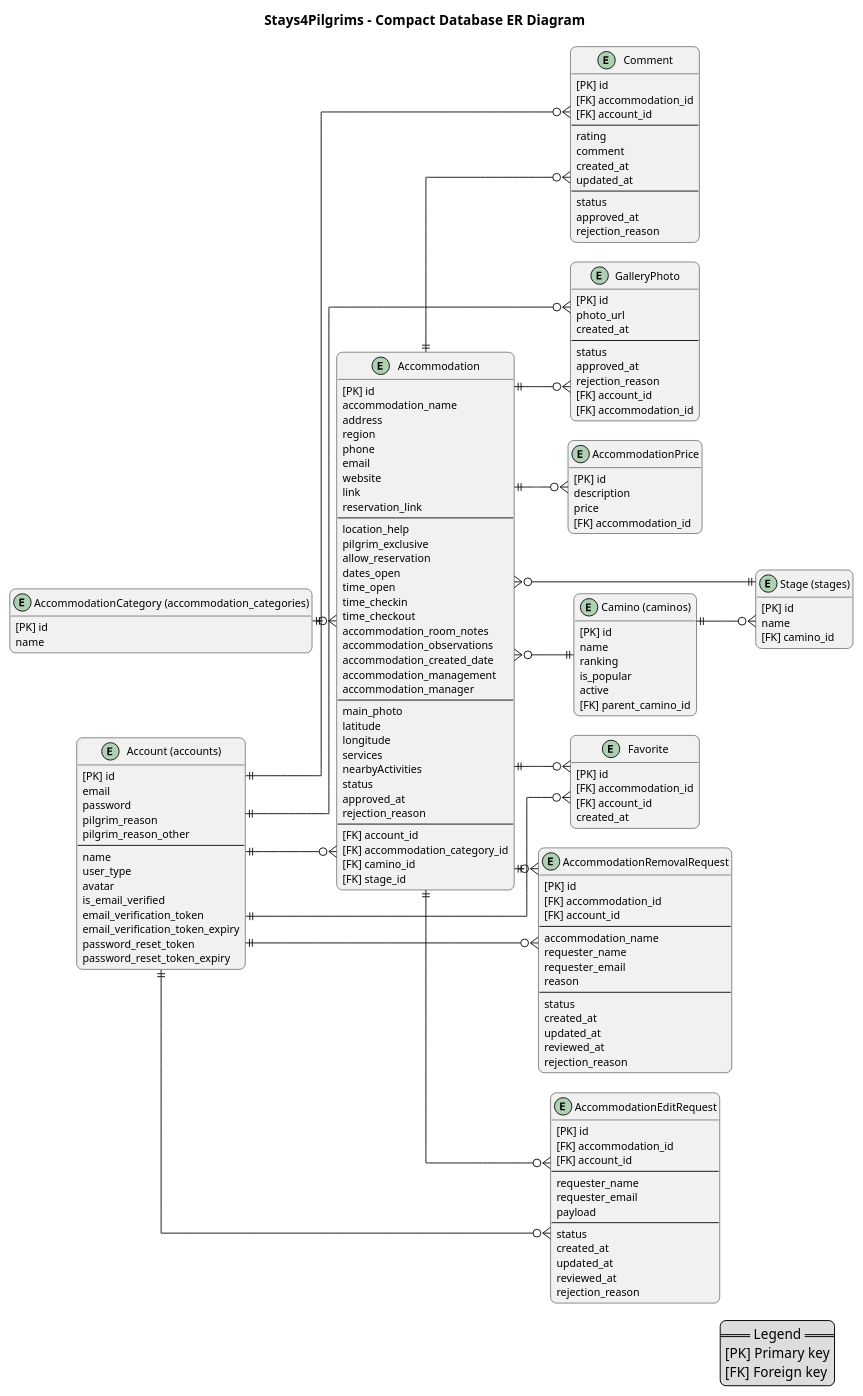
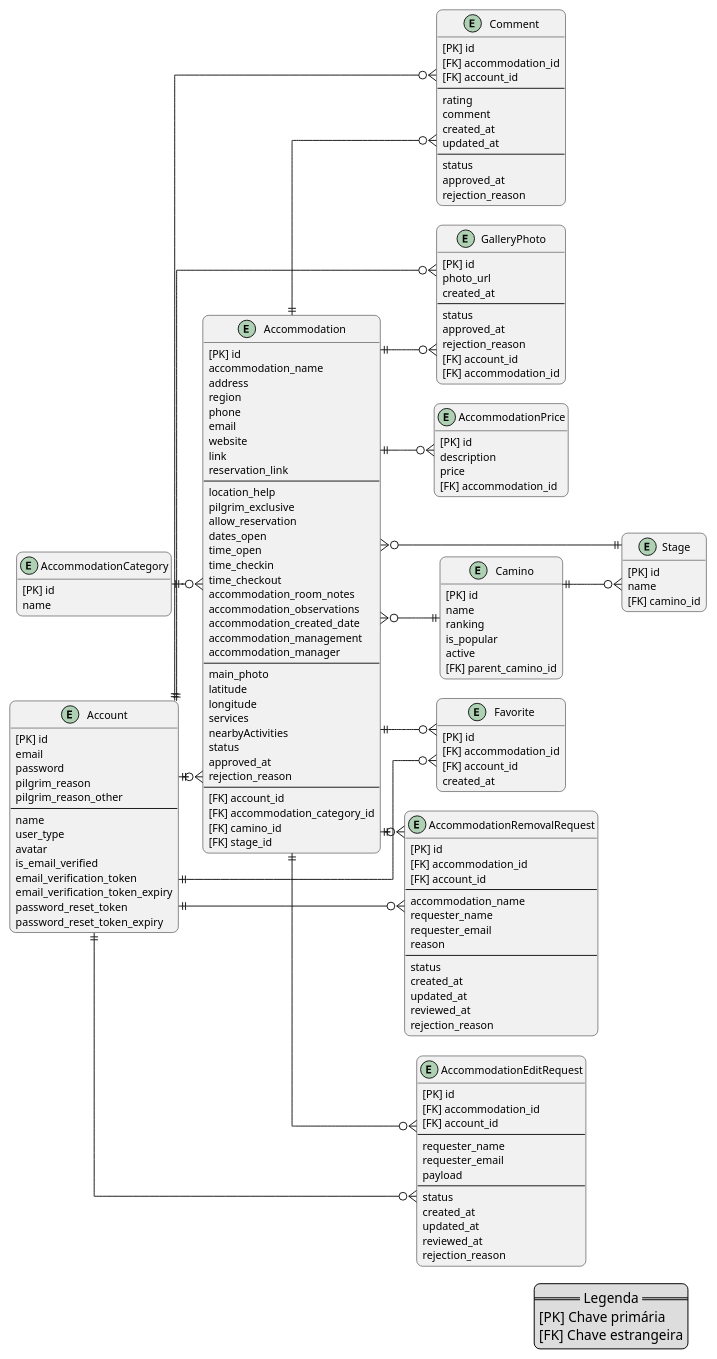
The diagram in docs/diagrams/database-er-diagram-compact.puml (alegna83/cookbook-be), drawn with PlantUML before and after one commit. The commit also changed 1 other file, not shown here.

Commit message:
databse er compact

```diff
--- a/docs/diagrams/database-er-diagram-compact.puml
+++ b/docs/diagrams/database-er-diagram-compact.puml
@@ -1,195 +1,194 @@
 @startuml
-title Stays4Pilgrims - Compact Database ER Diagram
 
 left to right direction
 
 hide methods
 hide stereotypes
 skinparam shadowing false
 skinparam linetype ortho
 skinparam roundcorner 12
 skinparam defaultFontName Arial
 skinparam defaultFontSize 11
 skinparam ranksep 25
 skinparam nodesep 20
 skinparam entity {
   BackgroundColor #FCFCFC
   BorderColor #4B5563
 }
 
 legend right
-  == Legend ==
-  [PK] Primary key
-  [FK] Foreign key
+  == Legenda ==
+  [PK] Chave primária
+  [FK] Chave estrangeira
 endlegend
 
-entity "Account (accounts)" as account {
+entity "Account" as account {
   [PK] id
   email
   password
   pilgrim_reason
   pilgrim_reason_other
   --
   name
   user_type
   avatar
   is_email_verified
   email_verification_token
   email_verification_token_expiry
   password_reset_token
   password_reset_token_expiry
 }
 
 entity "Accommodation" as Accommodation {
   [PK] id
   accommodation_name
   address
   region
   phone
   email
   website
   link
   reservation_link
   --
   location_help
   pilgrim_exclusive
   allow_reservation
   dates_open
   time_open
   time_checkin
   time_checkout
   accommodation_room_notes
   accommodation_observations
   accommodation_created_date
   accommodation_management
   accommodation_manager
   --
   main_photo
   latitude
   longitude
   services
   nearbyActivities
   status
   approved_at
   rejection_reason
   --
   [FK] account_id
   [FK] accommodation_category_id
   [FK] camino_id
   [FK] stage_id
 }
 
-entity "AccommodationCategory (accommodation_categories)" as AccommodationCategory {
+entity "AccommodationCategory" as AccommodationCategory {
   [PK] id
   name
 }
 
 entity "Comment" as comment {
   [PK] id
   [FK] accommodation_id
   [FK] account_id
   --
   rating
   comment
   created_at
   updated_at
   --
   status
   approved_at
   rejection_reason
 }
 
 entity "GalleryPhoto" as gallery_photo {
   [PK] id
   photo_url
   created_at
   --
   status
   approved_at
   rejection_reason
   [FK] account_id
   [FK] accommodation_id
 }
 
 entity "Favorite" as favorite {
   [PK] id
   [FK] accommodation_id
   [FK] account_id
   created_at
 }
 
 entity "AccommodationPrice" as AccommodationPrice {
   [PK] id
   description
   price
   [FK] accommodation_id
 }
 
 entity "AccommodationRemovalRequest" as AccommodationRemovalRequest {
   [PK] id
   [FK] accommodation_id
   [FK] account_id
   --
   accommodation_name
   requester_name
   requester_email
   reason
   --
   status
   created_at
   updated_at
   reviewed_at
   rejection_reason
 }
 
 entity "AccommodationEditRequest" as AccommodationEditRequest {
   [PK] id
   [FK] accommodation_id
   [FK] account_id
   --
   requester_name
   requester_email
   payload
   --
   status
   created_at
   updated_at
   reviewed_at
   rejection_reason
 }
 
-entity "Camino (caminos)" as camino {
+entity "Camino" as camino {
   [PK] id
   name
   ranking
   is_popular
   active
   [FK] parent_camino_id
 }
 
-entity "Stage (stages)" as stage {
+entity "Stage" as stage {
   [PK] id
   name
   [FK] camino_id
 }
 
 account ||--o{ Accommodation
 account ||--o{ comment
 account ||--o{ gallery_photo
 account ||--o{ favorite
 account ||--o{ AccommodationRemovalRequest
 account ||--o{ AccommodationEditRequest
 
 AccommodationCategory ||--o{ Accommodation
 Accommodation ||--o{ comment
 Accommodation ||--o{ gallery_photo
 Accommodation ||--o{ favorite
 Accommodation ||--o{ AccommodationPrice
 Accommodation ||--o{ AccommodationRemovalRequest
 Accommodation ||--o{ AccommodationEditRequest
 Accommodation }o--|| camino
 Accommodation }o--|| stage
 
 camino ||--o{ stage
 
 @enduml
```
